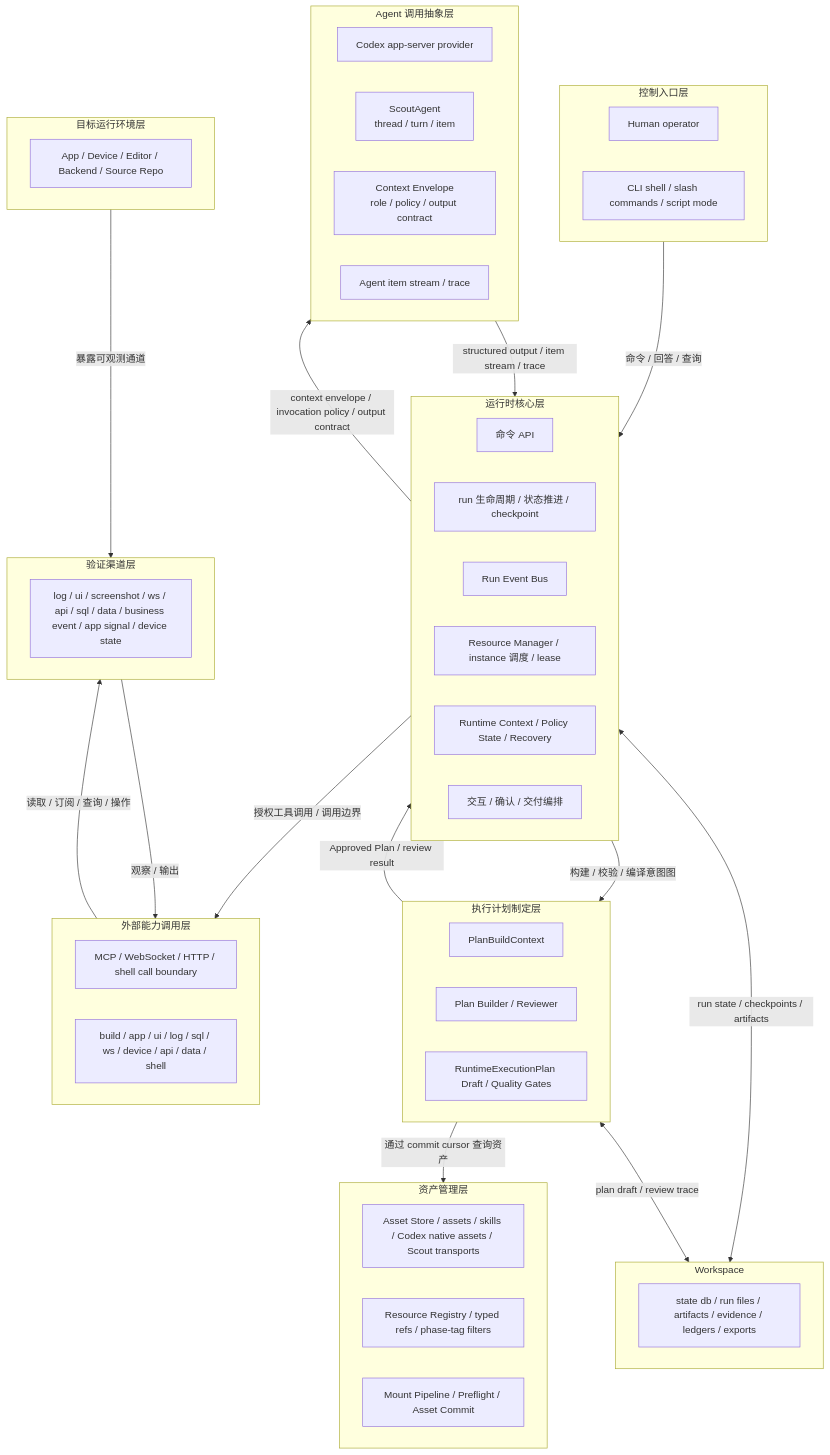
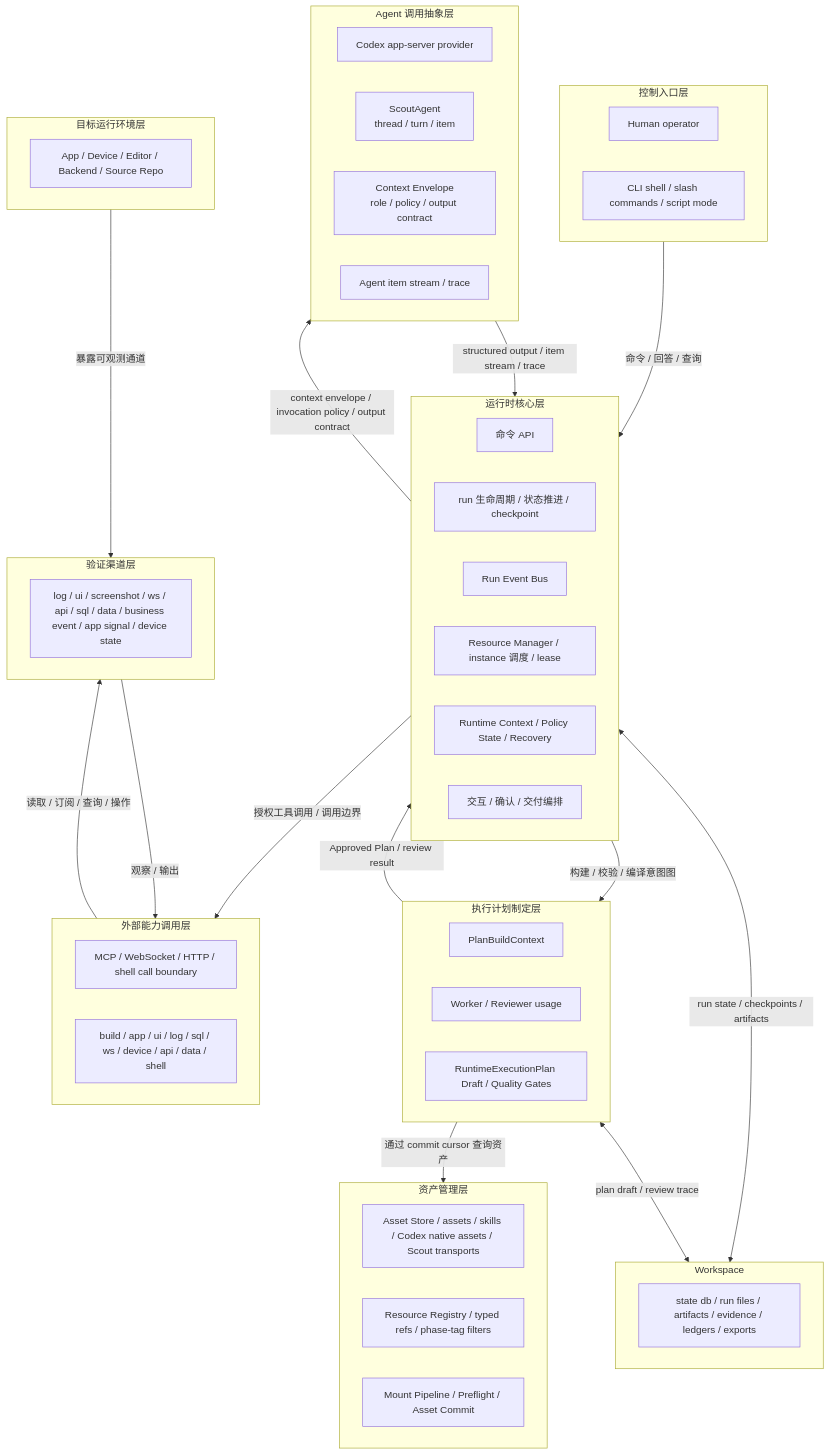
Before and after one commit to daihothot/scout: the first of 6 diagrams in docs/scout-design.md, drawn with Mermaid. The commit also changed other lines of this file, not shown here.

First line of the commit message:
docs(scout): update design for worker, reviewer gate and transports

````diff
--- a/docs/scout-design.md
+++ b/docs/scout-design.md
@@ -85,65 +85,65 @@
 ```mermaid
 flowchart TB
   subgraph L1["控制入口层"]
     Human["Human operator"]
     CLI["CLI shell / slash commands / script mode"]
   end
 
   subgraph L2["运行时核心层"]
     Command["命令 API"]
     Control["run 生命周期 / 状态推进 / checkpoint"]
     EventBus["Run Event Bus"]
     Resource["Resource Manager / instance 调度 / lease"]
     Context["Runtime Context / Policy State / Recovery"]
     DeliveryControl["交互 / 确认 / 交付编排"]
   end
 
   subgraph L3["执行计划制定层"]
     PlanContext["PlanBuildContext"]
-    PlanAgents["Plan Builder / Reviewer"]
+    PlanAgents["Worker / Reviewer usage"]
     PlanDraft["RuntimeExecutionPlan Draft / Quality Gates"]
   end
 
   subgraph L4["资产管理层"]
     AssetDefs["Asset Store / assets / skills / Codex native assets / Scout transports"]
     AssetRefs["Resource Registry / typed refs / phase-tag filters"]
     AssetIndex["Mount Pipeline / Preflight / Asset Commit"]
   end
 
   subgraph L5["Agent 调用抽象层"]
     Adapter["Codex app-server provider"]
     Agent["ScoutAgent<br/>thread / turn / item"]
     Envelope["Context Envelope<br/>role / policy / output contract"]
     Trace["Agent item stream / trace"]
   end
 
   subgraph L6["外部能力调用层"]
     CallBoundary["MCP / WebSocket / HTTP / shell call boundary"]
     Tools["build / app / ui / log / sql / ws / device / api / data / shell"]
   end
 
   subgraph L7["验证渠道层"]
     Channels["log / ui / screenshot / ws / api / sql / data / business event / app signal / device state"]
   end
 
   subgraph L8["目标运行环境层"]
     Target["App / Device / Editor / Backend / Source Repo"]
   end
 
   subgraph L9["Workspace"]
     Workspace["state db / run files / artifacts / evidence / ledgers / exports"]
   end
 
   L1 -->|"命令 / 回答 / 查询"| L2
   L2 -->|"构建 / 校验 / 编译意图图"| L3
   L3 -->|"通过 commit cursor 查询资产"| L4
   L2 -->|"context envelope / invocation policy / output contract"| L5
   L5 -->|"structured output / item stream / trace"| L2
   L3 -->|"Approved Plan / review result"| L2
   L2 -->|"授权工具调用 / 调用边界"| L6
   L6 -->|"读取 / 订阅 / 查询 / 操作"| L7
   L8 -->|"暴露可观测通道"| L7
   L7 -->|"观察 / 输出"| L6
   L2 <-->|"run state / checkpoints / artifacts"| L9
   L3 <-->|"plan draft / review trace"| L9
 ```
````
